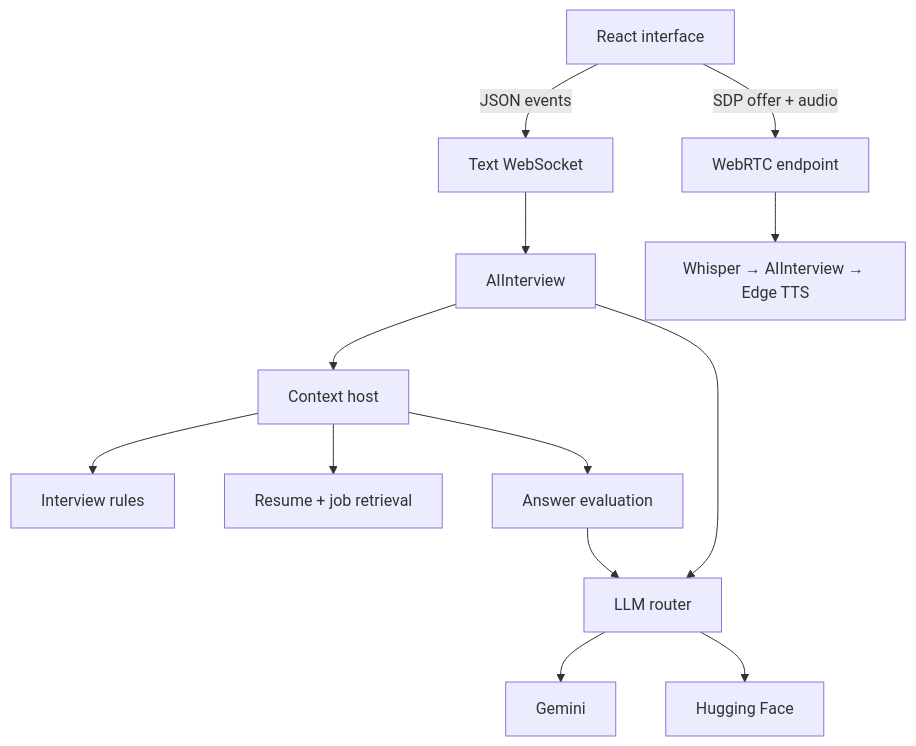
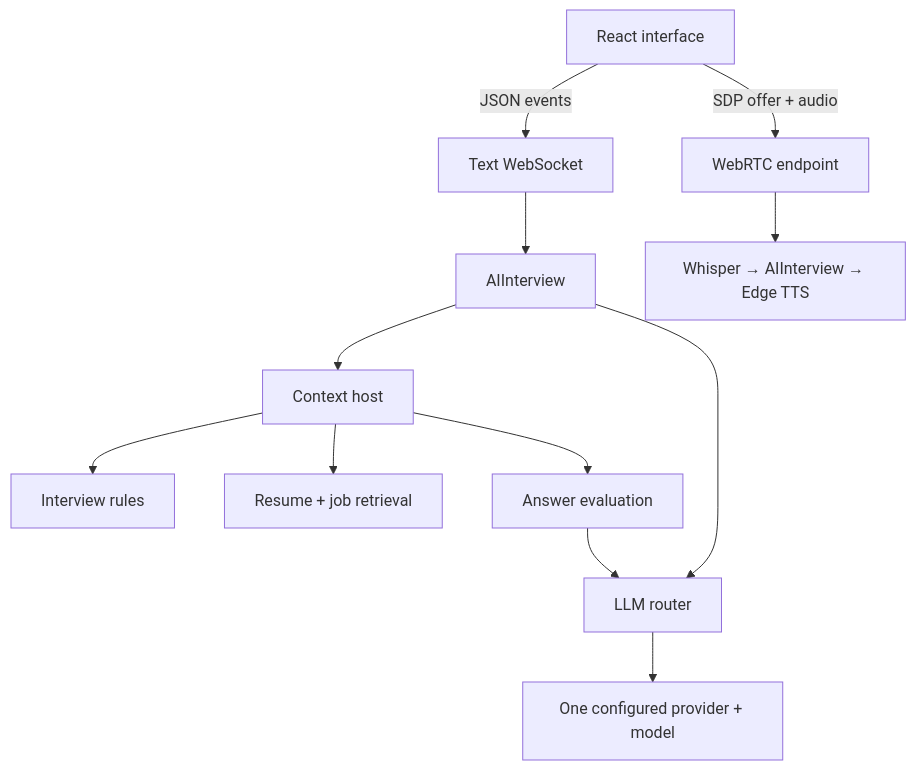
The diagram in docs/architecture.md (YashJain2410/AI-Interview-Platform), drawn with Mermaid before and after one commit. The commit also changed other lines of this file and 20 other files, not shown here.

````diff
--- a/docs/architecture.md
+++ b/docs/architecture.md
@@ -7,15 +7,14 @@
 ```mermaid
 flowchart TD
     UI[React interface] -->|JSON events| WS[Text WebSocket]
     UI -->|SDP offer + audio| RTC[WebRTC endpoint]
     WS --> Interview[AIInterview]
     RTC --> Speech[Whisper → AIInterview → Edge TTS]
     Interview --> Host[Context host]
     Host --> Rules[Interview rules]
     Host --> RAG[Resume + job retrieval]
     Host --> Judge[Answer evaluation]
     Interview --> Router[LLM router]
     Judge --> Router
-    Router --> Gemini[Gemini]
-    Router --> HF[Hugging Face]
+    Router --> Selected[One configured provider + model]
 ```
````
